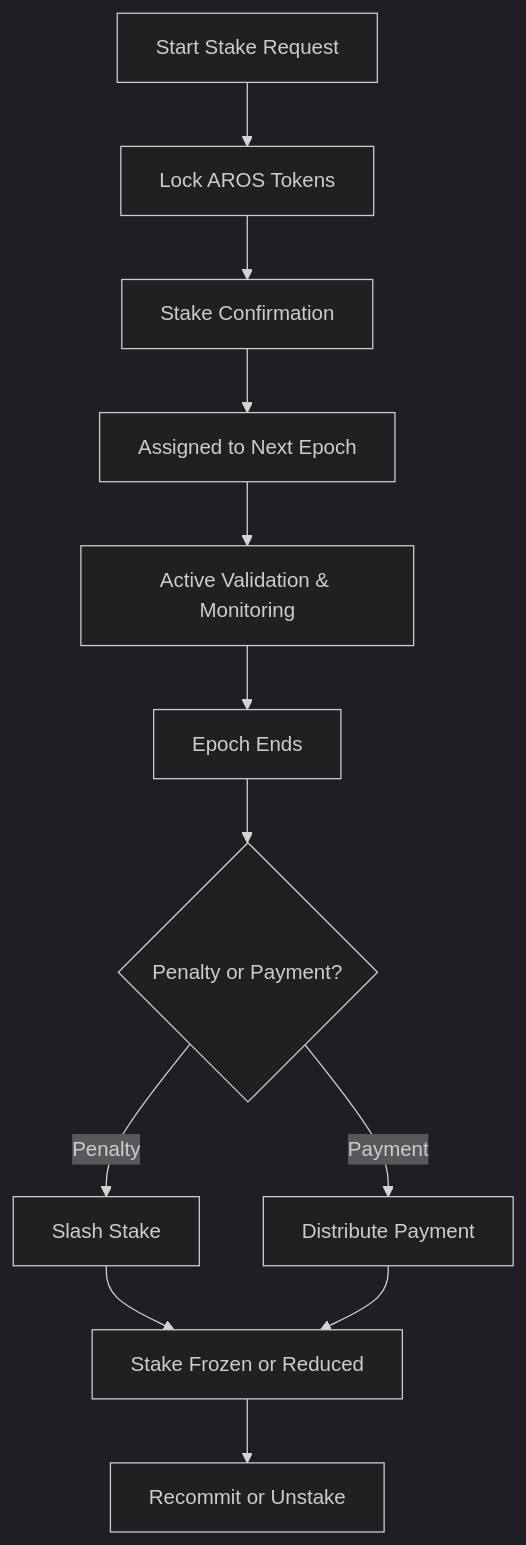
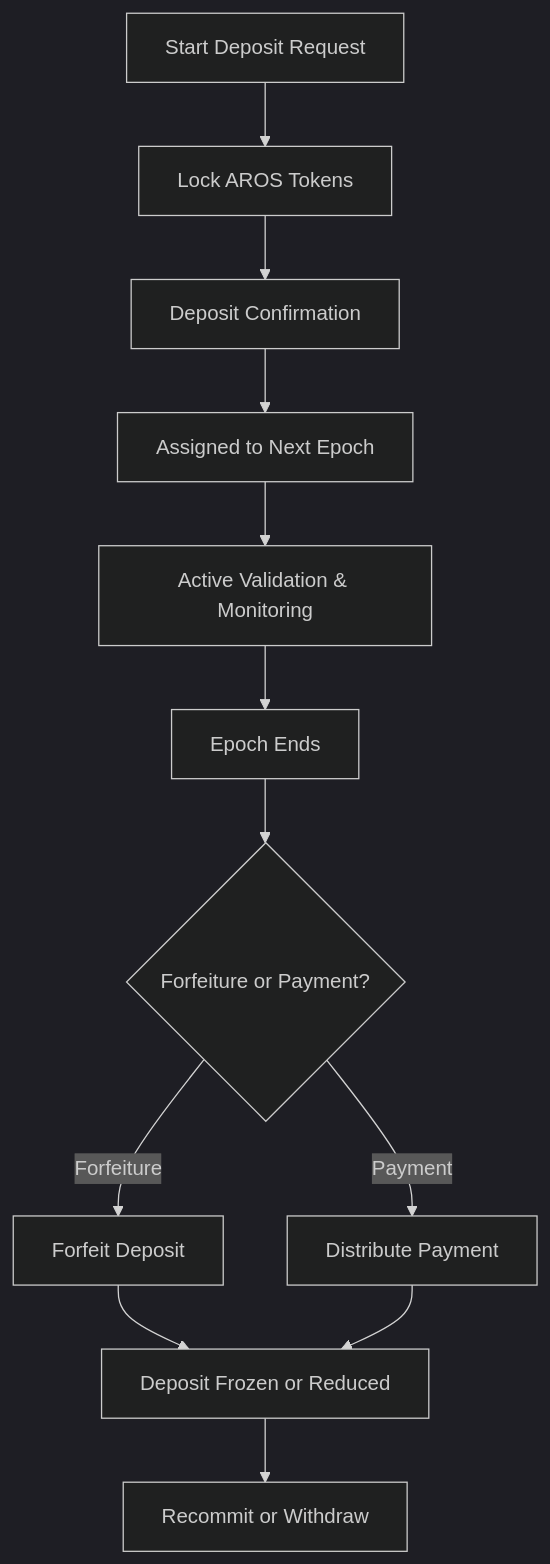
The diagram in 11_validator_staking_and_payments/staking_overview.md (Aros-Technology-Studio/AST-Aros-Financial-Paradigm), drawn with Mermaid (dark theme) before and after one commit.

````diff
--- a/11_validator_staking_and_payments/staking_overview.md
+++ b/11_validator_staking_and_payments/staking_overview.md
@@ -55,15 +55,15 @@
 ```mermaid
 flowchart TD
-    A[Start Stake Request] --> B[Lock AROS Tokens]
-    B --> C[Stake Confirmation]
+    A[Start Deposit Request] --> B[Lock AROS Tokens]
+    B --> C[Deposit Confirmation]
     C --> D[Assigned to Next Epoch]
     D --> E[Active Validation & Monitoring]
     E --> F[Epoch Ends]
-    F --> G{Penalty or Payment?}
-    G -- Penalty --> H[Slash Stake]
+    F --> G{Forfeiture or Payment?}
+    G -- Forfeiture --> H[Forfeit Deposit]
     G -- Payment --> I[Distribute Payment]
-    H --> J[Stake Frozen or Reduced]
+    H --> J[Deposit Frozen or Reduced]
     I --> J
-    J --> K[Recommit or Unstake]
+    J --> K[Recommit or Withdraw]
 
 ```
````
